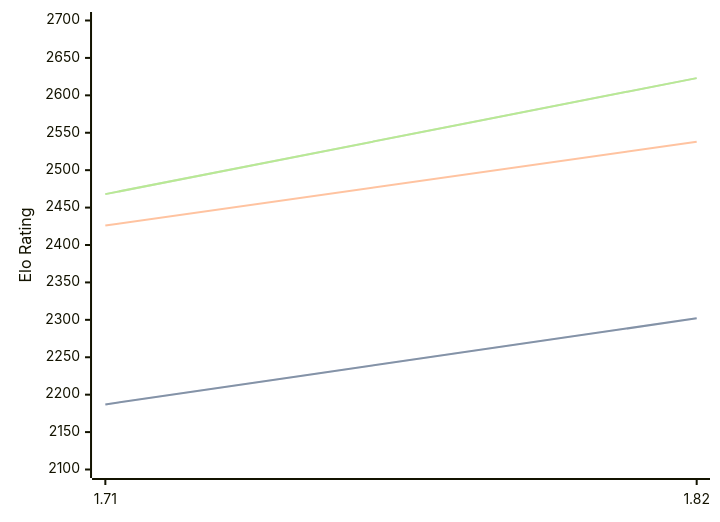
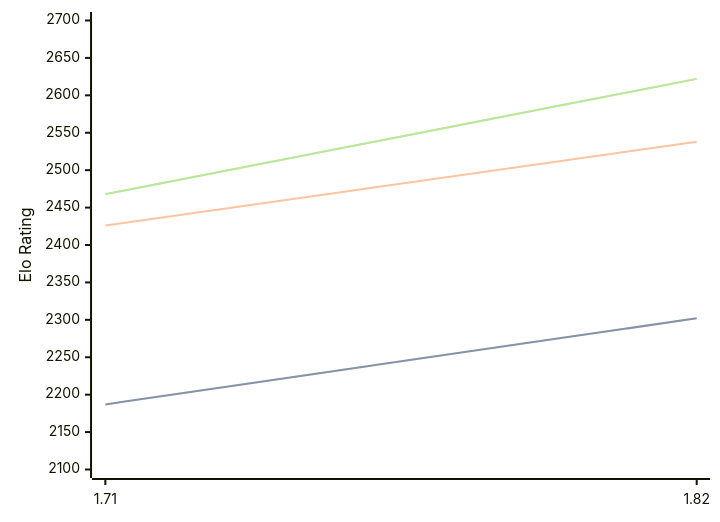
Before and after one commit to computer-chess-index/cci: the diagram in engines/Amira.md, drawn with Mermaid. The commit also changed other lines of this file, not shown here.

Commit message:
Update CCI Ratings (ELO VLTC) - 2026-08-28

````diff
--- a/engines/Amira.md
+++ b/engines/Amira.md
@@ -32,11 +32,11 @@
 ```mermaid
 %%{init: {"theme":"base","themeVariables":{"seriesColors:['#a3a3a3','#222221','#faa371']}}}%%
 xychart-beta
   x-axis ["1.71", "1.82"]
   y-axis "Elo Rating" 2100 --> 2700
   line "" [2187, 2302]
   line "STC (8.0+0.08s)" [2187, 2302]
   line "LTC (60.0+0.60s)" [2426, 2538]
-  line "" [2468, 2623]
-  line "VLTC (2m24s+1.12s)" [2468, 2623]
+  line "" [2468, 2622]
+  line "VLTC (2m24s+1.12s)" [2468, 2622]
 ```
````
